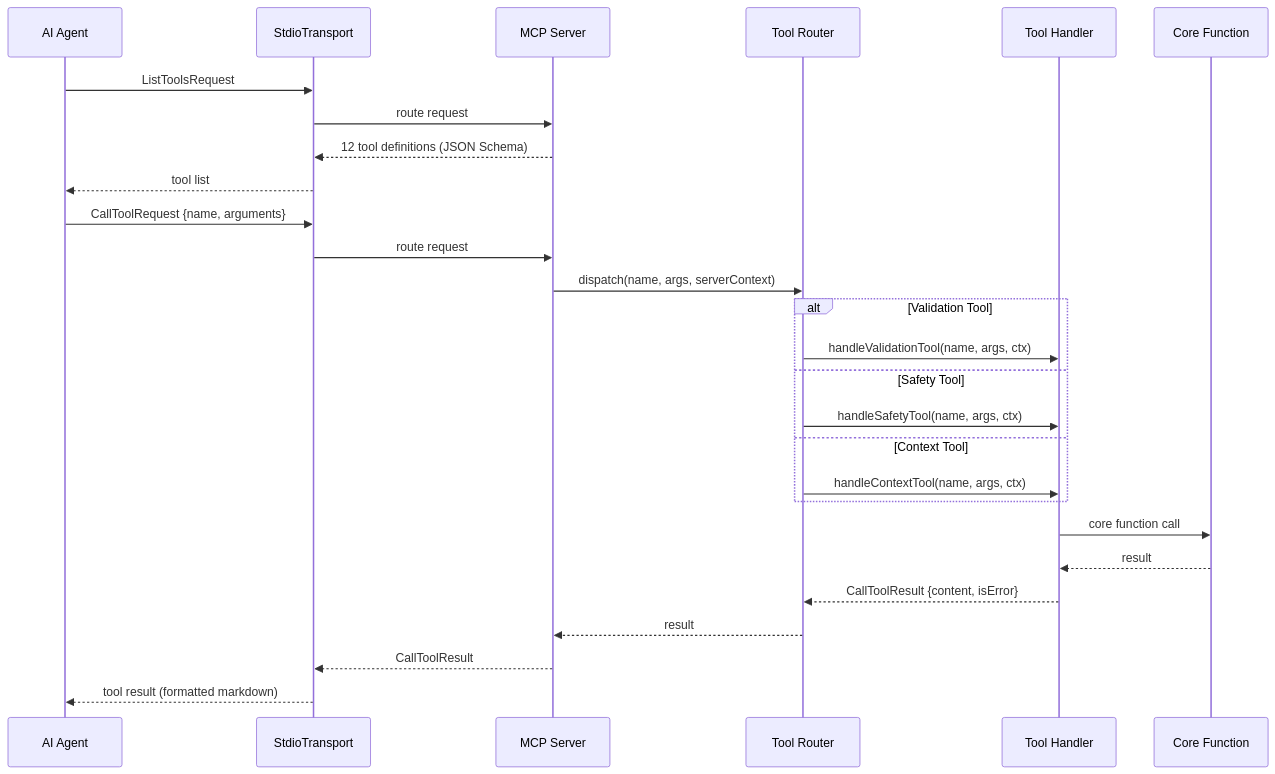
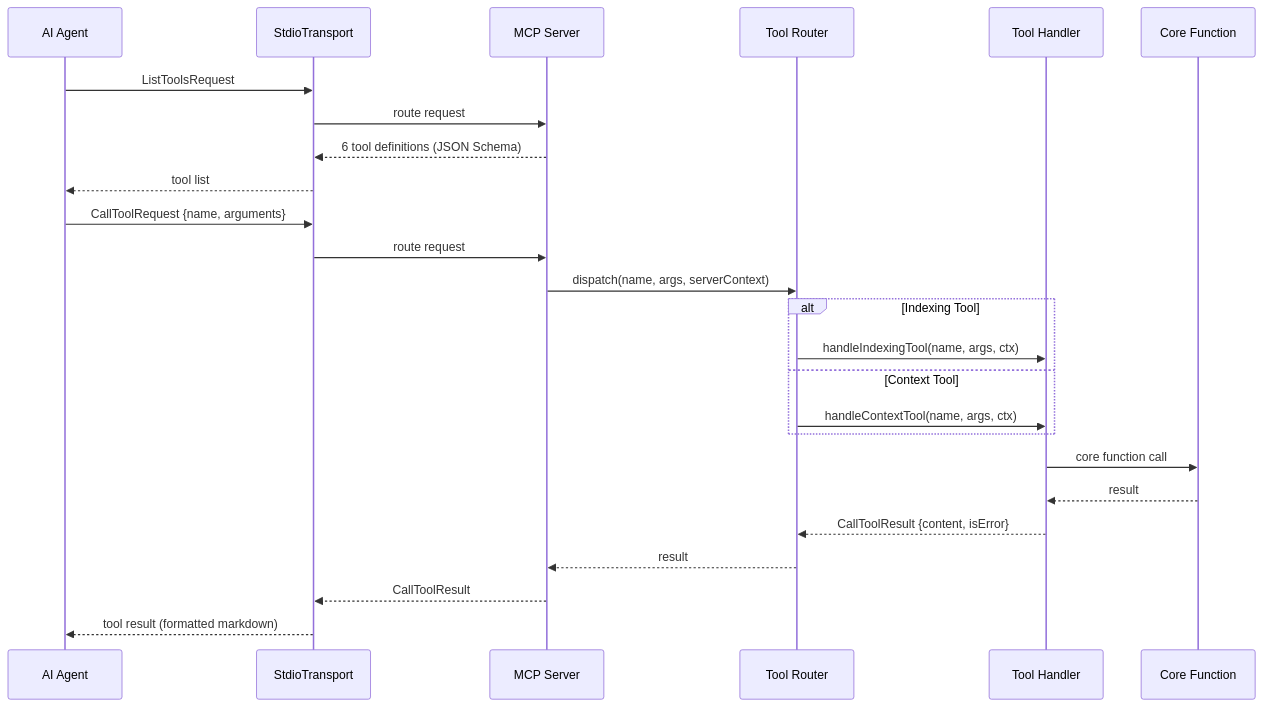
Before and after one commit to nella-labs/nella: the second of 4 diagrams in docs/architecture/mcp-server.md, drawn with Mermaid. The commit also changed other lines of this file and 23 other files, not shown here.

````diff
--- a/docs/architecture/mcp-server.md
+++ b/docs/architecture/mcp-server.md
@@ -86,33 +64,31 @@
 ```mermaid
 sequenceDiagram
     participant A as AI Agent
     participant T as StdioTransport
     participant S as MCP Server
     participant R as Tool Router
     participant H as Tool Handler
     participant F as Core Function
 
     A->>T: ListToolsRequest
     T->>S: route request
-    S-->>T: 12 tool definitions (JSON Schema)
+    S-->>T: 6 tool definitions (JSON Schema)
     T-->>A: tool list
 
     A->>T: CallToolRequest {name, arguments}
     T->>S: route request
     S->>R: dispatch(name, args, serverContext)
 
-    alt Validation Tool
-        R->>H: handleValidationTool(name, args, ctx)
-    else Safety Tool
-        R->>H: handleSafetyTool(name, args, ctx)
+    alt Indexing Tool
+        R->>H: handleIndexingTool(name, args, ctx)
     else Context Tool
         R->>H: handleContextTool(name, args, ctx)
     end
 
     H->>F: core function call
     F-->>H: result
     H-->>R: CallToolResult {content, isError}
     R-->>S: result
     S-->>T: CallToolResult
     T-->>A: tool result (formatted markdown)
 ```
````
